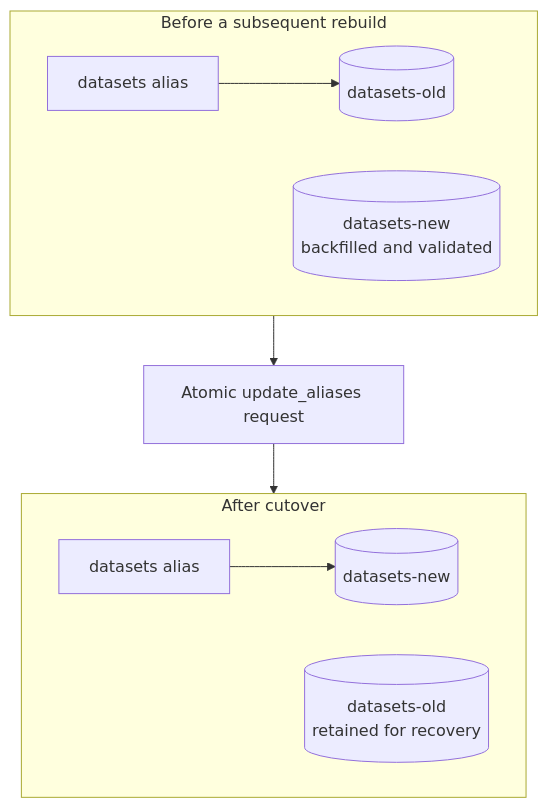
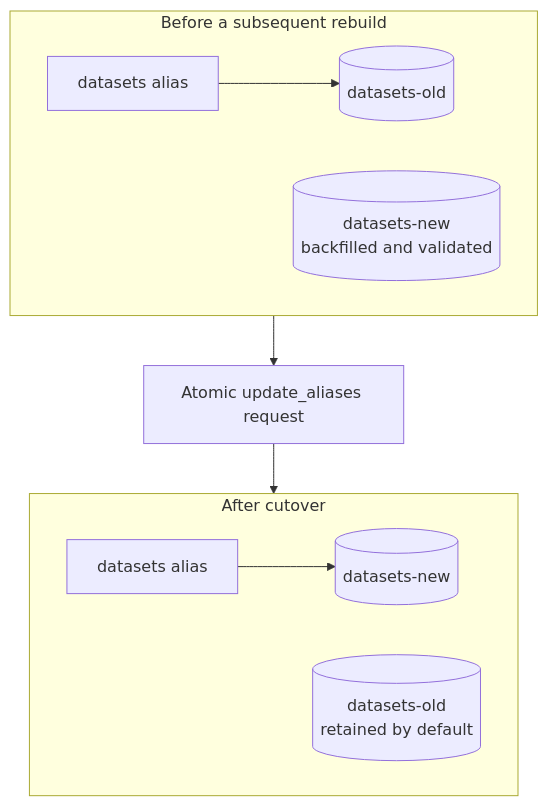
One commit to GSA/datagov-harvester changed the third of 4 diagrams in docs/opensearch-index-rebuild.md. Above: the diagram before and after it, drawn with Mermaid. The commit also changed other lines of this file and 14 other files, not shown here.

````diff
--- a/docs/opensearch-index-rebuild.md
+++ b/docs/opensearch-index-rebuild.md
@@ -202,16 +211,16 @@
 ```mermaid
 flowchart TB
     subgraph Before["Before a subsequent rebuild"]
         A1[datasets alias] --> O1[(datasets-old)]
         N1[(datasets-new<br>backfilled and validated)]
     end
 
     Switch[Atomic update_aliases request]
 
     subgraph After["After cutover"]
         A2[datasets alias] --> N2[(datasets-new)]
-        O2[(datasets-old<br>retained for recovery)]
+        O2[(datasets-old<br>retained by default)]
     end
 
     Before --> Switch --> After
 ```
````
